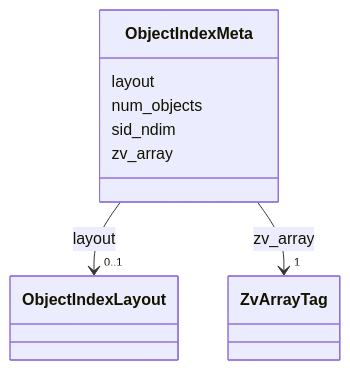
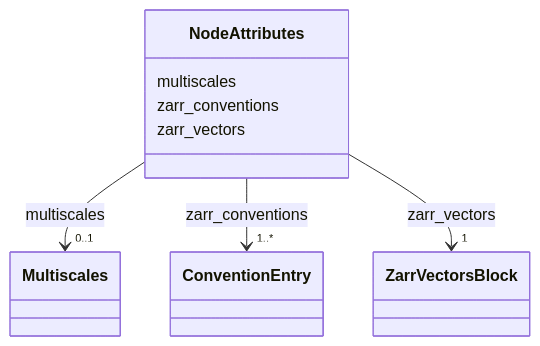
Before and after one commit to AllenInstitute/zarr-vectors-py: diagram 19 of 35 in schema/reference.md, drawn with Mermaid. The commit also changed other lines of this file and 14 other files, not shown here.

First line of the commit message:
Replace the LinkML schema with the convention's model from zarr_vectors

````diff
--- a/schema/reference.md
+++ b/schema/reference.md
@@ -5494,32 +6255,39 @@
 ```mermaid
  classDiagram
-    class ObjectIndexMeta
-    click ObjectIndexMeta href "../ObjectIndexMeta/"
-      ObjectIndexMeta : layout
+    class NodeAttributes
+    click NodeAttributes href "../NodeAttributes/"
+      NodeAttributes : multiscales
         
           
     
         
         
-        ObjectIndexMeta --> "0..1" ObjectIndexLayout : layout
-        click ObjectIndexLayout href "../ObjectIndexLayout/"
+        NodeAttributes --> "0..1" Multiscales : multiscales
+        click Multiscales href "../Multiscales/"
     
 
         
-      ObjectIndexMeta : num_objects
-        
-      ObjectIndexMeta : sid_ndim
-        
-      ObjectIndexMeta : zv_array
+      NodeAttributes : zarr_conventions
         
           
     
         
         
-        ObjectIndexMeta --> "1" ZvArrayTag : zv_array
-        click ZvArrayTag href "../ZvArrayTag/"
+        NodeAttributes --> "1..*" ConventionEntry : zarr_conventions
+        click ConventionEntry href "../ConventionEntry/"
+    
+
+        
+      NodeAttributes : zarr_vectors
+        
+          
+    
+        
+        
+        NodeAttributes --> "1" ZarrVectorsBlock : zarr_vectors
+        click ZarrVectorsBlock href "../ZarrVectorsBlock/"
     
 
         
       
 ```
````
